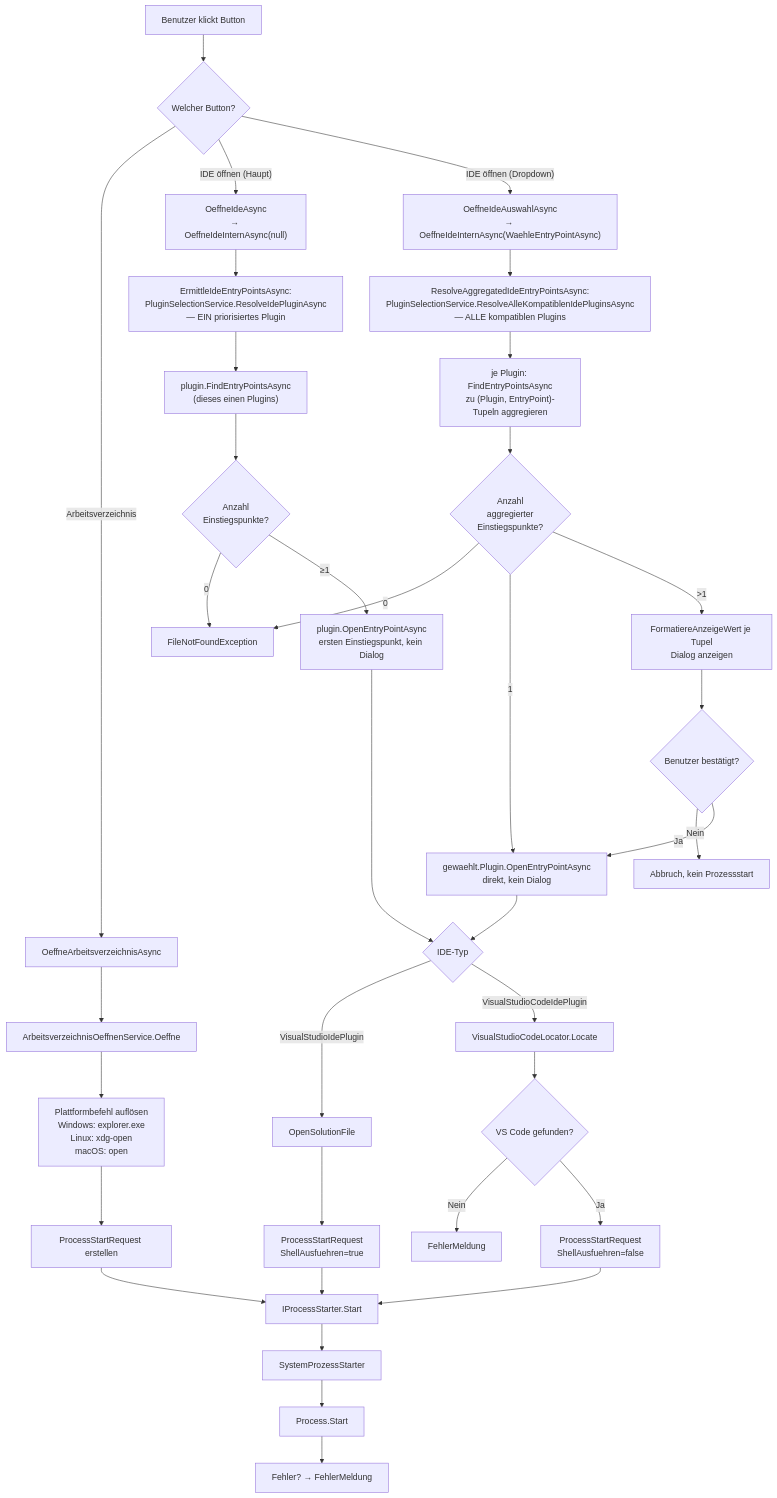
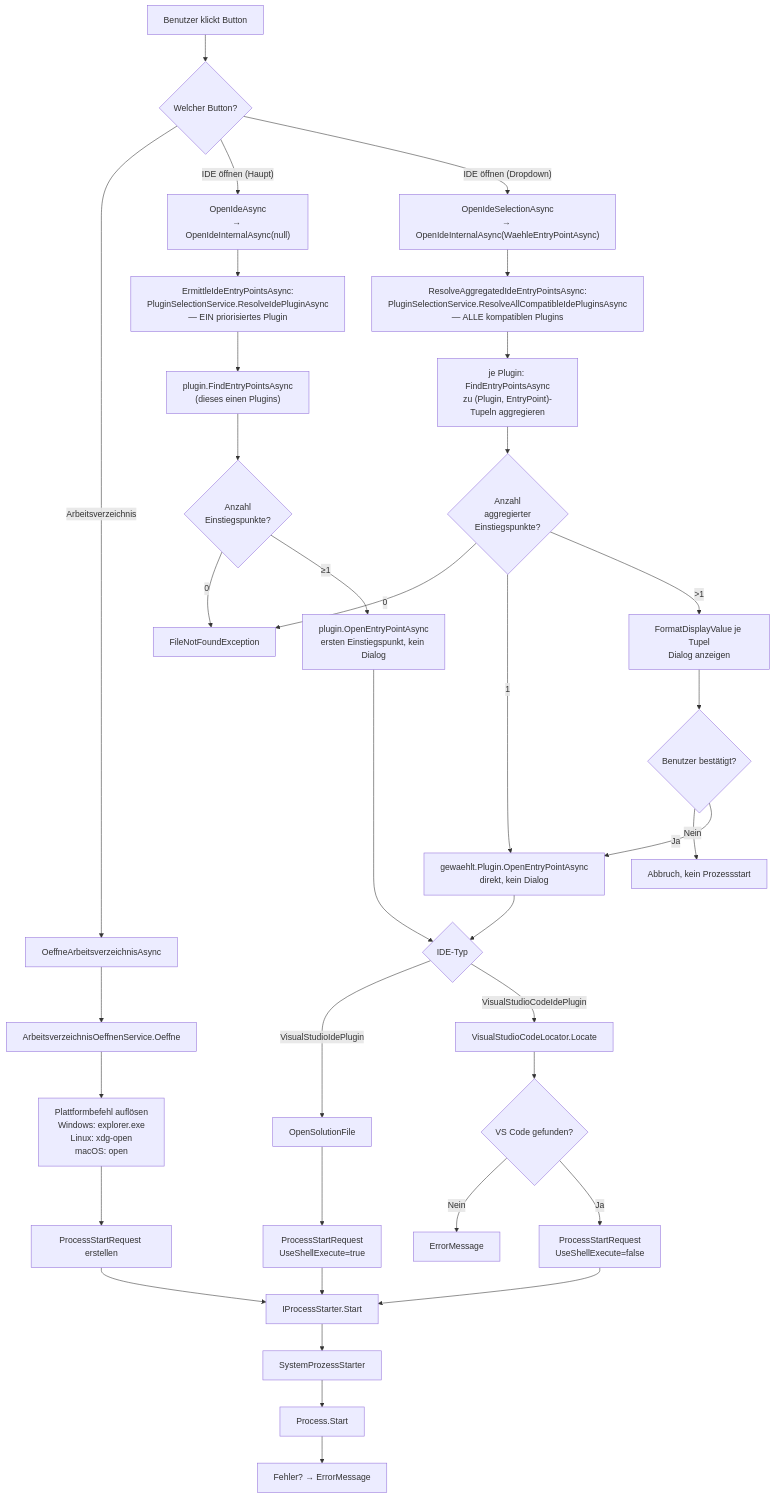
Before and after one commit to martin-stromberg/Softwareschmiede: the diagram in docs/help/dateisystem-integration/ablauf-technisch.md, drawn with Mermaid. The commit also changed other lines of this file and 139 other files, not shown here.

````diff
--- a/docs/help/dateisystem-integration/ablauf-technisch.md
+++ b/docs/help/dateisystem-integration/ablauf-technisch.md
@@ -149,42 +149,42 @@
 ```mermaid
 flowchart TD
     A["Benutzer klickt Button"] --> B{"Welcher Button?"}
     B -->|Arbeitsverzeichnis| C["OeffneArbeitsverzeichnisAsync"]
-    B -->|"IDE öffnen (Haupt)"| D["OeffneIdeAsync<br/>→ OeffneIdeInternAsync(null)"]
-    B -->|"IDE öffnen (Dropdown)"| D2["OeffneIdeAuswahlAsync<br/>→ OeffneIdeInternAsync(WaehleEntryPointAsync)"]
+    B -->|"IDE öffnen (Haupt)"| D["OpenIdeAsync<br/>→ OpenIdeInternalAsync(null)"]
+    B -->|"IDE öffnen (Dropdown)"| D2["OpenIdeSelectionAsync<br/>→ OpenIdeInternalAsync(WaehleEntryPointAsync)"]
 
     C --> E["ArbeitsverzeichnisOeffnenService.Oeffne"]
     E --> F["Plattformbefehl auflösen<br/>Windows: explorer.exe<br/>Linux: xdg-open<br/>macOS: open"]
     F --> G["ProcessStartRequest erstellen"]
     G --> H["IProcessStarter.Start"]
     H --> I["SystemProzessStarter"]
     I --> J["Process.Start"]
-    J --> K["Fehler? → FehlerMeldung"]
+    J --> K["Fehler? → ErrorMessage"]
 
     D --> L["ErmittleIdeEntryPointsAsync:<br/>PluginSelectionService.ResolveIdePluginAsync<br/>— EIN priorisiertes Plugin"]
     L --> L2["plugin.FindEntryPointsAsync<br/>(dieses einen Plugins)"]
     L2 --> M{"Anzahl<br/>Einstiegspunkte?"}
     M -->|0| M0["FileNotFoundException"]
     M -->|"≥1"| Z["plugin.OpenEntryPointAsync<br/>ersten Einstiegspunkt, kein Dialog"]
 
-    D2 --> L3["ResolveAggregatedIdeEntryPointsAsync:<br/>PluginSelectionService.ResolveAlleKompatiblenIdePluginsAsync<br/>— ALLE kompatiblen Plugins"]
+    D2 --> L3["ResolveAggregatedIdeEntryPointsAsync:<br/>PluginSelectionService.ResolveAllCompatibleIdePluginsAsync<br/>— ALLE kompatiblen Plugins"]
     L3 --> L4["je Plugin: FindEntryPointsAsync<br/>zu (Plugin, EntryPoint)-Tupeln aggregieren"]
     L4 --> M2{"Anzahl<br/>aggregierter<br/>Einstiegspunkte?"}
     M2 -->|0| M0
     M2 -->|1| Z2["gewaehlt.Plugin.OpenEntryPointAsync<br/>direkt, kein Dialog"]
-    M2 -->|">1"| P["FormatiereAnzeigeWert je Tupel<br/>Dialog anzeigen"]
+    M2 -->|">1"| P["FormatDisplayValue je Tupel<br/>Dialog anzeigen"]
     P --> Q{"Benutzer bestätigt?"}
     Q -->|Nein| R["Abbruch, kein Prozessstart"]
     Q -->|Ja| Z2
 
     Z --> R2{"IDE-Typ"}
     Z2 --> R2
     R2 -->|VisualStudioIdePlugin| S["OpenSolutionFile"]
     R2 -->|VisualStudioCodeIdePlugin| V["VisualStudioCodeLocator.Locate"]
     V --> W{"VS Code gefunden?"}
-    W -->|Nein| X["FehlerMeldung"]
-    W -->|Ja| Y["ProcessStartRequest<br/>ShellAusfuehren=false"]
+    W -->|Nein| X["ErrorMessage"]
+    W -->|Ja| Y["ProcessStartRequest<br/>UseShellExecute=false"]
     Y --> H
-    S --> T["ProcessStartRequest<br/>ShellAusfuehren=true"]
+    S --> T["ProcessStartRequest<br/>UseShellExecute=true"]
     T --> H
 ```
````
